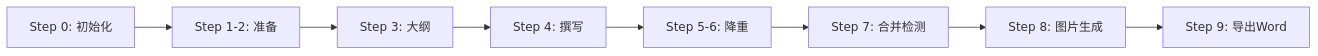
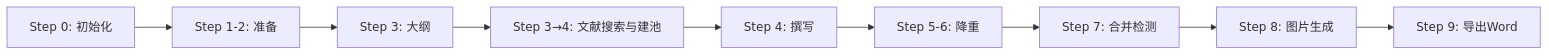
The diagram in SKILL.md (Stars-OC/thesis-creator), drawn with Mermaid before and after one commit. The commit also changed other lines of this file and 27 other files, not shown here.

````diff
--- a/SKILL.md
+++ b/SKILL.md
@@ -39,10 +39,11 @@
 ```mermaid
 flowchart LR
     A[Step 0: 初始化] --> B[Step 1-2: 准备]
     B --> C[Step 3: 大纲]
-    C --> D[Step 4: 撰写]
-    D --> E[Step 5-6: 降重]
-    E --> F[Step 7: 合并检测]
-    F --> G[Step 8: 图片生成]
-    G --> H[Step 9: 导出Word]
+    C --> D[Step 3→4: 文献搜索与建池]
+    D --> E[Step 4: 撰写]
+    E --> F[Step 5-6: 降重]
+    F --> G[Step 7: 合并检测]
+    G --> H[Step 8: 图片生成]
+    H --> I[Step 9: 导出Word]
 ```
````
